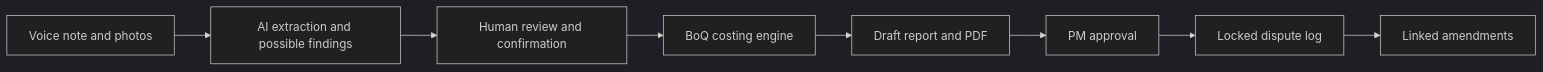
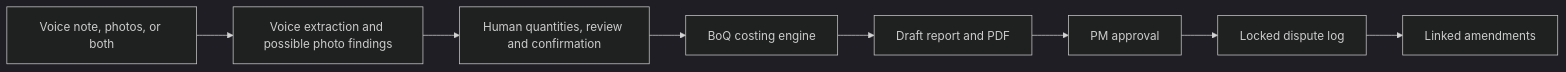
The diagram in README.md (Kamarudeen-Balogun/siteledger-ai), drawn with Mermaid (dark theme) before and after one commit. The commit also changed other lines of this file and 49 other files, not shown here.

````diff
--- a/README.md
+++ b/README.md
@@ -41,10 +41,10 @@
 ```mermaid
 flowchart LR
-    A[Voice note and photos] --> B[AI extraction and possible findings]
-    B --> C[Human review and confirmation]
+    A[Voice note, photos, or both] --> B[Voice extraction and possible photo findings]
+    B --> C[Human quantities, review and confirmation]
     C --> D[BoQ costing engine]
     D --> E[Draft report and PDF]
     E --> F[PM approval]
     F --> G[Locked dispute log]
     G --> H[Linked amendments]
 ```
````
